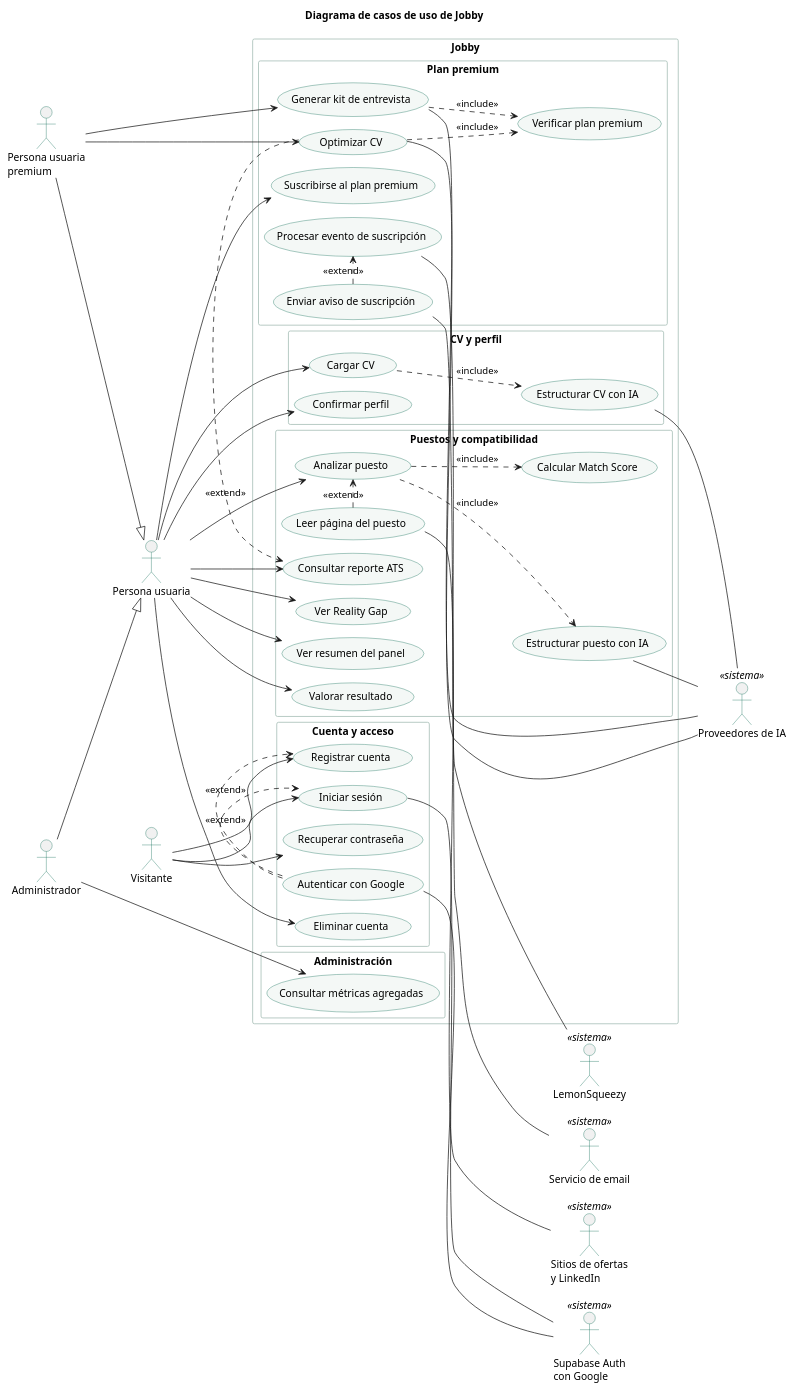
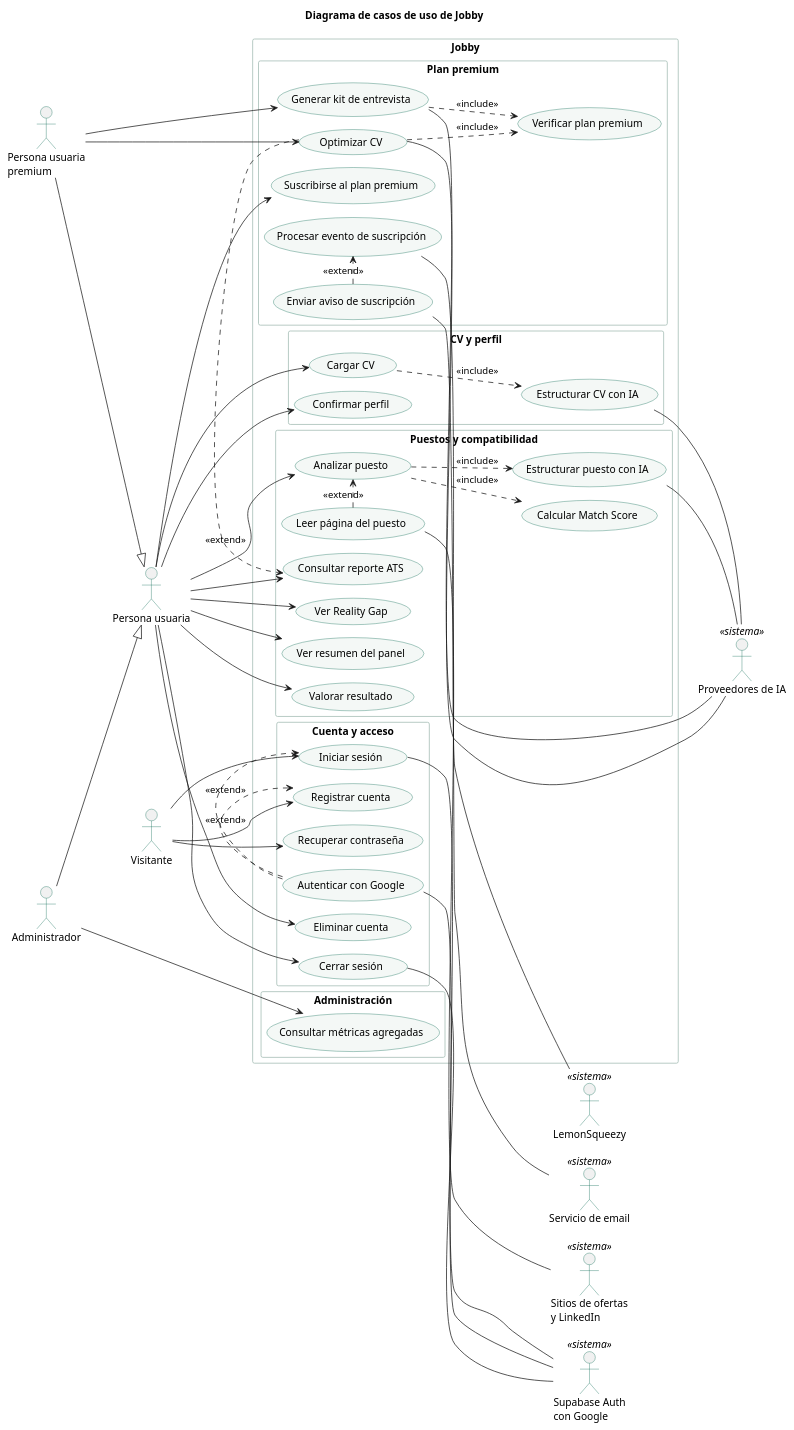
One commit to Buatishi/Jobby changed the diagram in docs/diagramas/casos-de-uso.puml. Above: the diagram before and after it, drawn with PlantUML. The commit also changed 24 other files, not shown here.

```diff
--- a/docs/diagramas/casos-de-uso.puml
+++ b/docs/diagramas/casos-de-uso.puml
@@ -1,106 +1,109 @@
 @startuml
 !pragma layout smetana
 left to right direction
 skinparam shadowing false
 skinparam defaultFontName "Segoe UI"
 skinparam usecase {
   BackgroundColor #F4F8F6
   BorderColor #0F6E56
 }
 skinparam actor {
   BorderColor #0F6E56
 }
 skinparam rectangle {
   BorderColor #9DB8AF
 }
 title Diagrama de casos de uso de Jobby
 
 actor "Visitante" as V
 actor "Persona usuaria" as U
 actor "Persona usuaria\npremium" as P
 actor "Administrador" as A
 
 rectangle "Jobby" {
   rectangle "Cuenta y acceso" {
     usecase "Registrar cuenta" as CU01
     usecase "Iniciar sesión" as CU02
     usecase "Recuperar contraseña" as CU03
     usecase "Autenticar con Google" as CU04
     usecase "Eliminar cuenta" as CU22
+    usecase "Cerrar sesión" as CU24
   }
   rectangle "CV y perfil" {
     usecase "Cargar CV" as CU05
     usecase "Estructurar CV con IA" as CU06
     usecase "Confirmar perfil" as CU07
   }
   rectangle "Puestos y compatibilidad" {
     usecase "Analizar puesto" as CU08
     usecase "Leer página del puesto" as CU09
     usecase "Estructurar puesto con IA" as CU10
     usecase "Calcular Match Score" as CU11
     usecase "Consultar reporte ATS" as CU12
     usecase "Ver Reality Gap" as CU13
     usecase "Ver resumen del panel" as CU17
     usecase "Valorar resultado" as CU18
   }
   rectangle "Plan premium" {
     usecase "Optimizar CV" as CU14
     usecase "Generar kit de entrevista" as CU15
     usecase "Verificar plan premium" as CU16
     usecase "Suscribirse al plan premium" as CU19
     usecase "Procesar evento de suscripción" as CU20
     usecase "Enviar aviso de suscripción" as CU21
   }
   rectangle "Administración" {
     usecase "Consultar métricas agregadas" as CU23
   }
 }
 
 actor "Supabase Auth\ncon Google" as ID <<sistema>>
 actor "Proveedores de IA" as IA <<sistema>>
 actor "Sitios de ofertas\ny LinkedIn" as W <<sistema>>
 actor "LemonSqueezy" as LS <<sistema>>
 actor "Servicio de email" as EM <<sistema>>
 
 P --|> U
 A --|> U
 
 V --> CU01
 V --> CU02
 V --> CU03
 CU04 .> CU01 : <<extend>>
 CU04 .> CU02 : <<extend>>
 
 U --> CU05
 U --> CU07
 U --> CU08
 U --> CU12
 U --> CU13
 U --> CU17
 U --> CU18
 U --> CU19
 U --> CU22
+U --> CU24
 P --> CU14
 P --> CU15
 
 CU05 ..> CU06 : <<include>>
 CU08 ..> CU10 : <<include>>
 CU08 ..> CU11 : <<include>>
 CU09 .> CU08 : <<extend>>
 CU14 .> CU12 : <<extend>>
 CU14 ..> CU16 : <<include>>
 CU15 ..> CU16 : <<include>>
 CU21 .> CU20 : <<extend>>
 
 A --> CU23
 
 CU02 -- ID
+CU24 -- ID
 CU04 -- ID
 CU06 -- IA
 CU10 -- IA
 CU14 -- IA
 CU15 -- IA
 CU09 -- W
 CU20 -- LS
 CU21 -- EM
 @enduml
```
